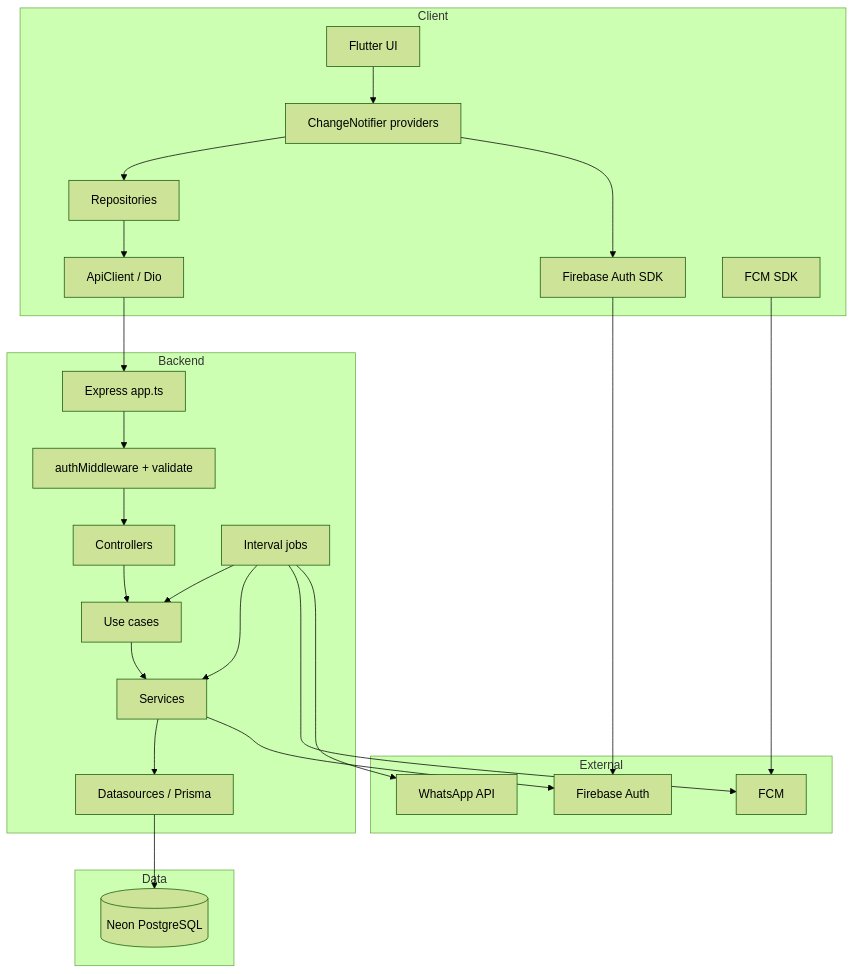
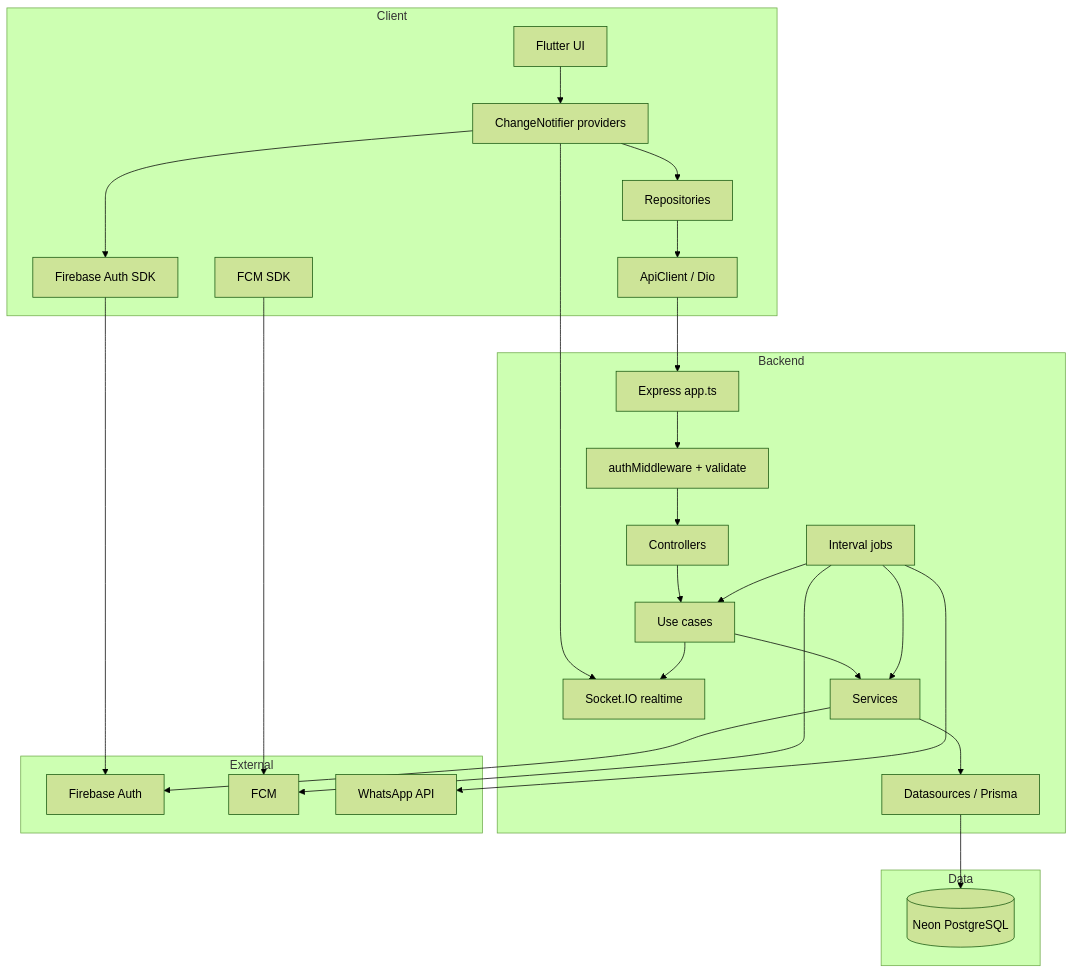
The first of 4 diagrams in docs/SYSTEM_ARCHITECTURE.md (MohamedMSalah/yalla5roga), drawn with Mermaid (forest theme) before and after one commit. The commit also changed other lines of this file and 168 other files, not shown here.

````diff
--- a/docs/SYSTEM_ARCHITECTURE.md
+++ b/docs/SYSTEM_ARCHITECTURE.md
@@ -25,42 +25,45 @@
 ```mermaid
 flowchart TB
   subgraph Client
     UI[Flutter UI]
     Providers[ChangeNotifier providers]
     Repos[Repositories]
     Dio[ApiClient / Dio]
     FA[Firebase Auth SDK]
     FM[FCM SDK]
   end
 
   subgraph Backend
     Express[Express app.ts]
+    IO[Socket.IO realtime]
     MW[authMiddleware + validate]
     Ctrl[Controllers]
     UC[Use cases]
     Svc[Services]
     DS[Datasources / Prisma]
     Jobs[Interval jobs]
   end
 
   subgraph Data
     Neon[(Neon PostgreSQL)]
   end
 
   subgraph External
     FAuth[Firebase Auth]
     FCM[FCM]
     WA[WhatsApp API]
   end
 
   UI --> Providers --> Repos --> Dio --> Express
+  Providers --> IO
   FA --> FAuth
   Providers --> FA
   FM --> FCM
   Express --> MW --> Ctrl --> UC --> Svc --> DS --> Neon
+  UC --> IO
   Jobs --> UC
   Jobs --> Svc
   Svc --> FAuth
   Jobs --> FCM
   Jobs --> WA
 ```
````
